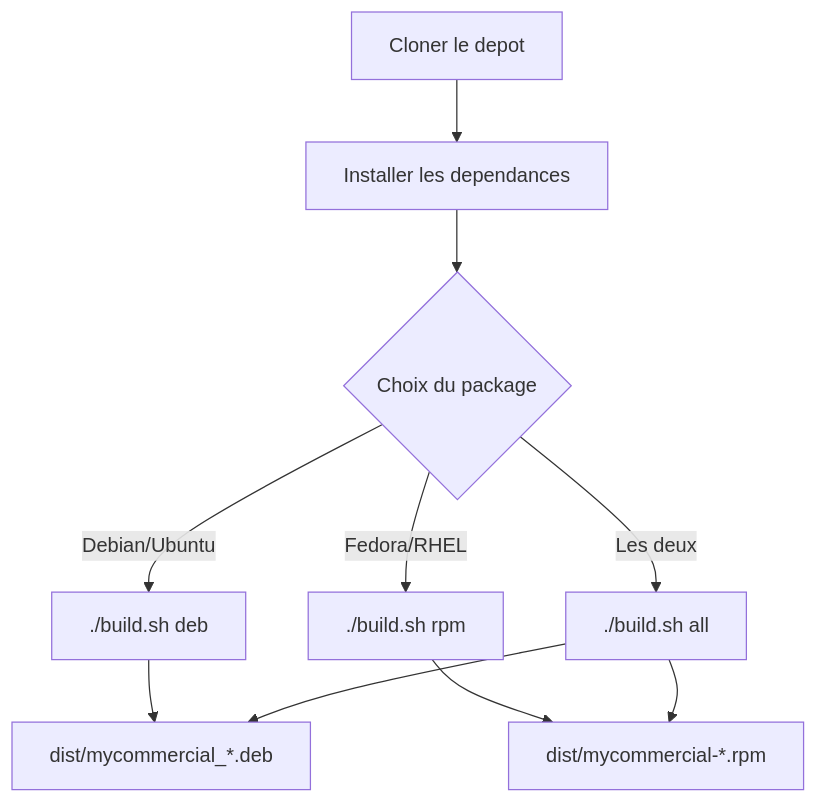
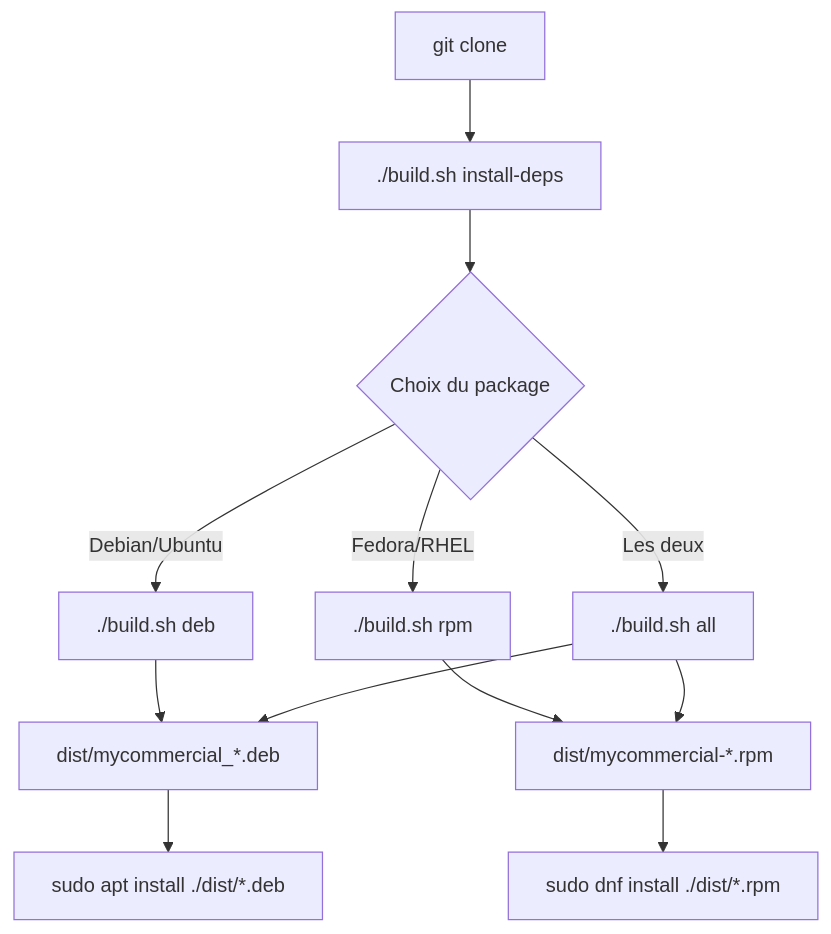
One commit to cve-solutions/MyCommercial changed the second of 4 diagrams in doc/INSTALLATION.md. Above: the diagram before and after it, drawn with Mermaid. The commit also changed other lines of this file and 3 other files, not shown here.

First line of the commit message:
docs: update build.sh, docs, and deps for egui GUI migration

````diff
--- a/doc/INSTALLATION.md
+++ b/doc/INSTALLATION.md
@@ -89,12 +143,14 @@
 ```mermaid
 flowchart TD
-    A[Cloner le depot] --> B[Installer les dependances]
+    A[git clone] --> B["./build.sh install-deps"]
     B --> C{Choix du package}
-    C -->|Debian/Ubuntu| D[./build.sh deb]
-    C -->|Fedora/RHEL| E[./build.sh rpm]
-    C -->|Les deux| F[./build.sh all]
-    D --> G[dist/mycommercial_*.deb]
-    E --> H[dist/mycommercial-*.rpm]
+    C -->|Debian/Ubuntu| D["./build.sh deb"]
+    C -->|Fedora/RHEL| E["./build.sh rpm"]
+    C -->|Les deux| F["./build.sh all"]
+    D --> G["dist/mycommercial_*.deb"]
+    E --> H["dist/mycommercial-*.rpm"]
     F --> G
     F --> H
+    G --> I["sudo apt install ./dist/*.deb"]
+    H --> J["sudo dnf install ./dist/*.rpm"]
 ```
````
